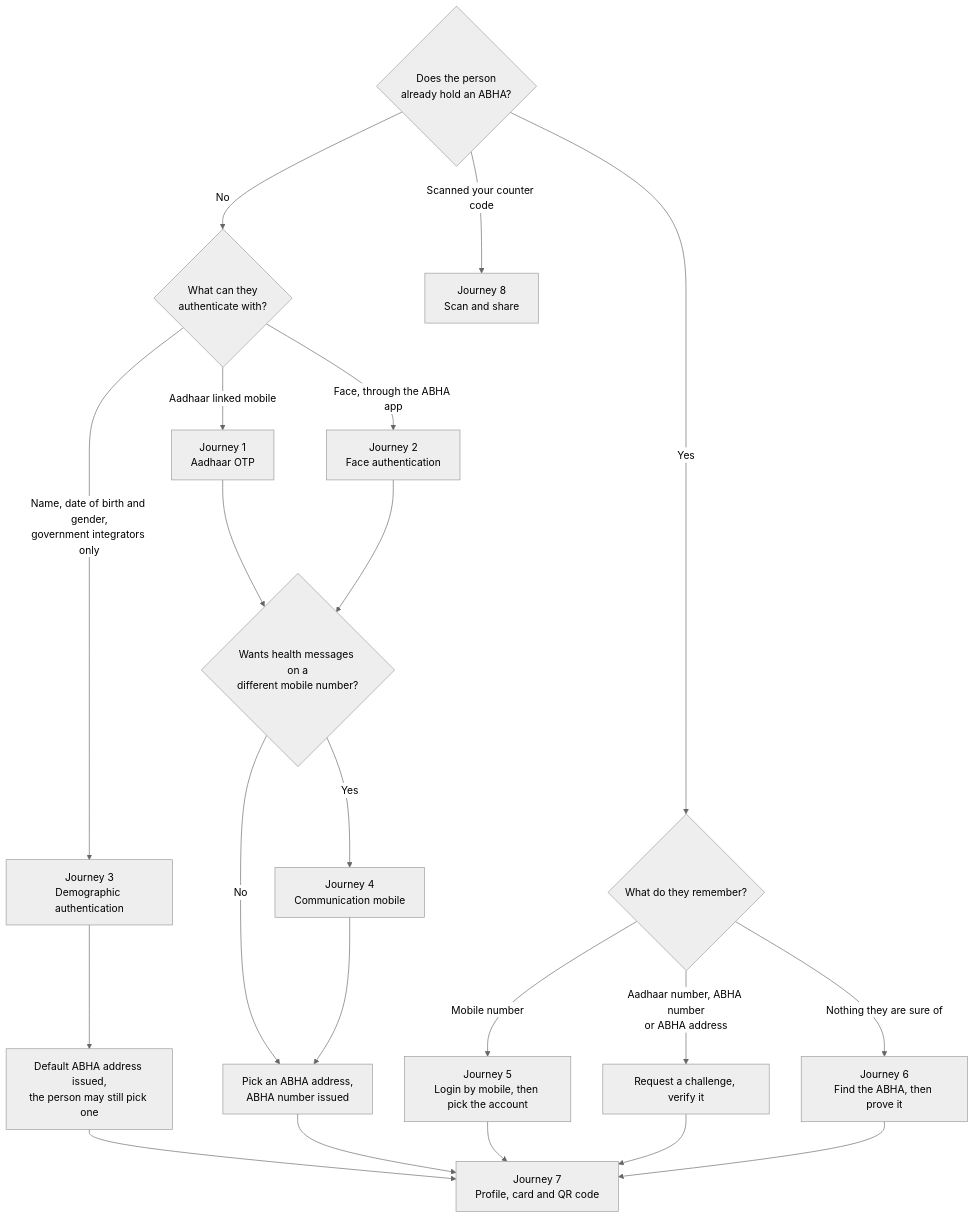
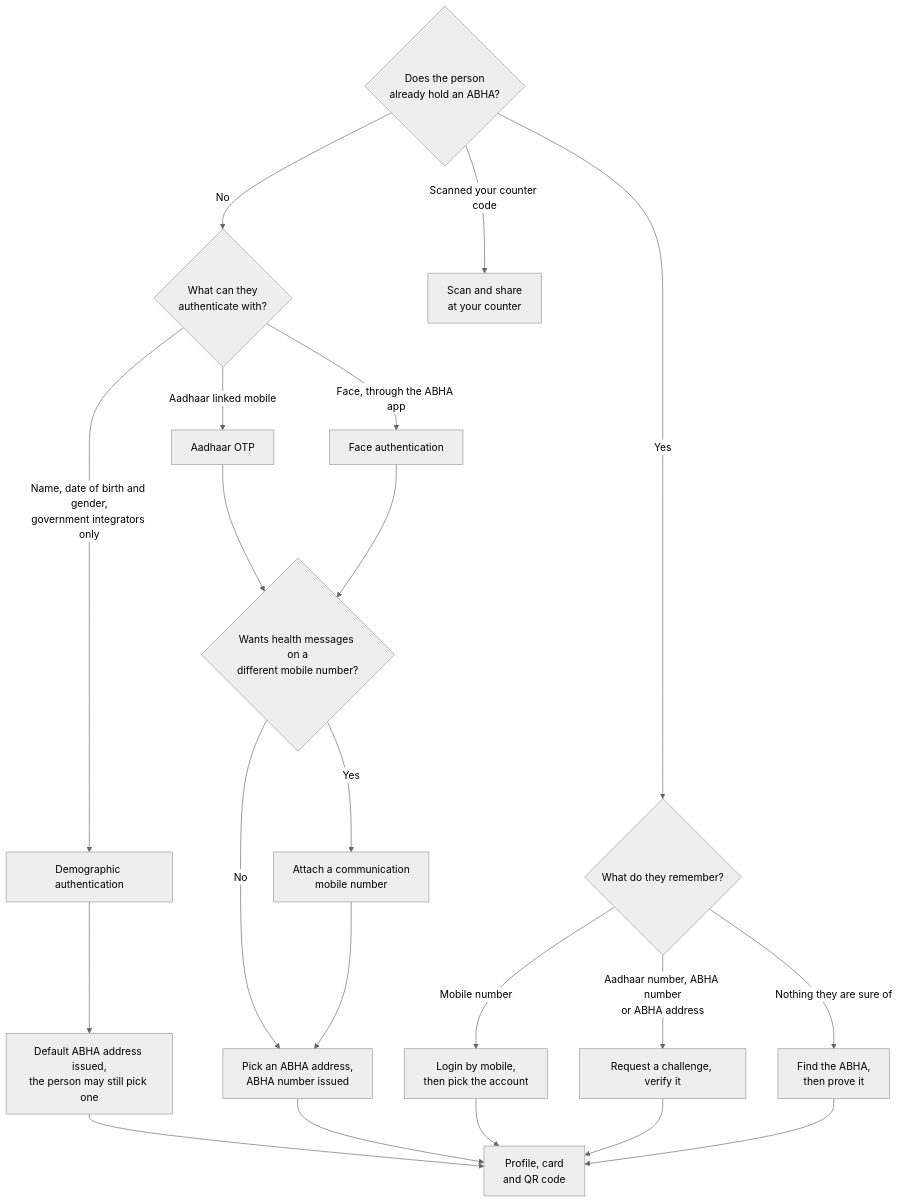
Before and after one commit to nha-in/docs: the first of 11 diagrams in site/docs/hiecm/v3/milestones/m1.mdx, drawn with Mermaid (neutral theme). The commit also changed other lines of this file, not shown here.

````diff
--- a/site/docs/hiecm/v3/milestones/m1.mdx
+++ b/site/docs/hiecm/v3/milestones/m1.mdx
@@ -125,24 +145,24 @@
 ```mermaid
 flowchart TD
     A{"Does the person<br/>already hold an ABHA?"}
     A -- "No" --> B{"What can they<br/>authenticate with?"}
-    B -- "Aadhaar linked mobile" --> J1["Journey 1<br/>Aadhaar OTP"]
-    B -- "Face, through the ABHA app" --> J2["Journey 2<br/>Face authentication"]
-    B -- "Name, date of birth and gender,<br/>government integrators only" --> J3["Journey 3<br/>Demographic authentication"]
+    B -- "Aadhaar linked mobile" --> J1["Aadhaar OTP"]
+    B -- "Face, through the ABHA app" --> J2["Face authentication"]
+    B -- "Name, date of birth and gender,<br/>government integrators only" --> J3["Demographic authentication"]
     J1 --> M{"Wants health messages on a<br/>different mobile number?"}
     J2 --> M
     J3 --> DEF["Default ABHA address issued,<br/>the person may still pick one"]
     DEF --> J7
-    M -- "Yes" --> J4["Journey 4<br/>Communication mobile"]
+    M -- "Yes" --> J4["Attach a communication<br/>mobile number"]
     M -- "No" --> ADDR["Pick an ABHA address,<br/>ABHA number issued"]
     J4 --> ADDR
     A -- "Yes" --> C{"What do they remember?"}
-    C -- "Mobile number" --> J5["Journey 5<br/>Login by mobile, then pick the account"]
+    C -- "Mobile number" --> J5["Login by mobile,<br/>then pick the account"]
     C -- "Aadhaar number, ABHA number<br/>or ABHA address" --> L["Request a challenge, verify it"]
-    C -- "Nothing they are sure of" --> J6["Journey 6<br/>Find the ABHA, then prove it"]
-    A -- "Scanned your counter code" --> J8["Journey 8<br/>Scan and share"]
-    ADDR --> J7["Journey 7<br/>Profile, card and QR code"]
+    C -- "Nothing they are sure of" --> J6["Find the ABHA,<br/>then prove it"]
+    A -- "Scanned your counter code" --> J8["Scan and share<br/>at your counter"]
+    ADDR --> J7["Profile, card<br/>and QR code"]
     J5 --> J7
     L --> J7
     J6 --> J7
 ```
````
